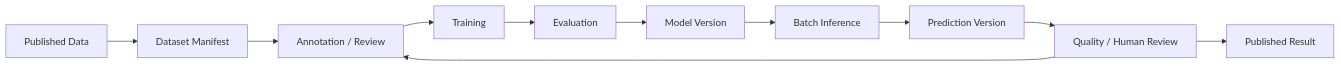
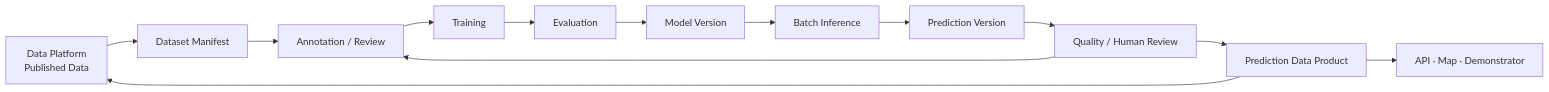
Before and after one commit to Thomas-Malchers/urban_ai_lab: the diagram in docs/l2-ai-model-lifecycle.md, drawn with Mermaid. The commit also changed other lines of this file and 12 other files, not shown here.

````diff
--- a/docs/l2-ai-model-lifecycle.md
+++ b/docs/l2-ai-model-lifecycle.md
@@ -5,9 +5,10 @@
 ```mermaid
 flowchart LR
-    D["Published Data"] --> M["Dataset Manifest"]
+    D["Data Platform<br/>Published Data"] --> M["Dataset Manifest"]
     M --> A["Annotation / Review"] --> T["Training"] --> E["Evaluation"]
     E --> MV["Model Version"] --> I["Batch Inference"]
     I --> P["Prediction Version"] --> R["Quality / Human Review"]
-    R --> O["Published Result"]
+    R --> PDP["Prediction Data Product"] --> D
+    PDP --> APP["API · Map · Demonstrator"]
     R --> A
 ```
````
